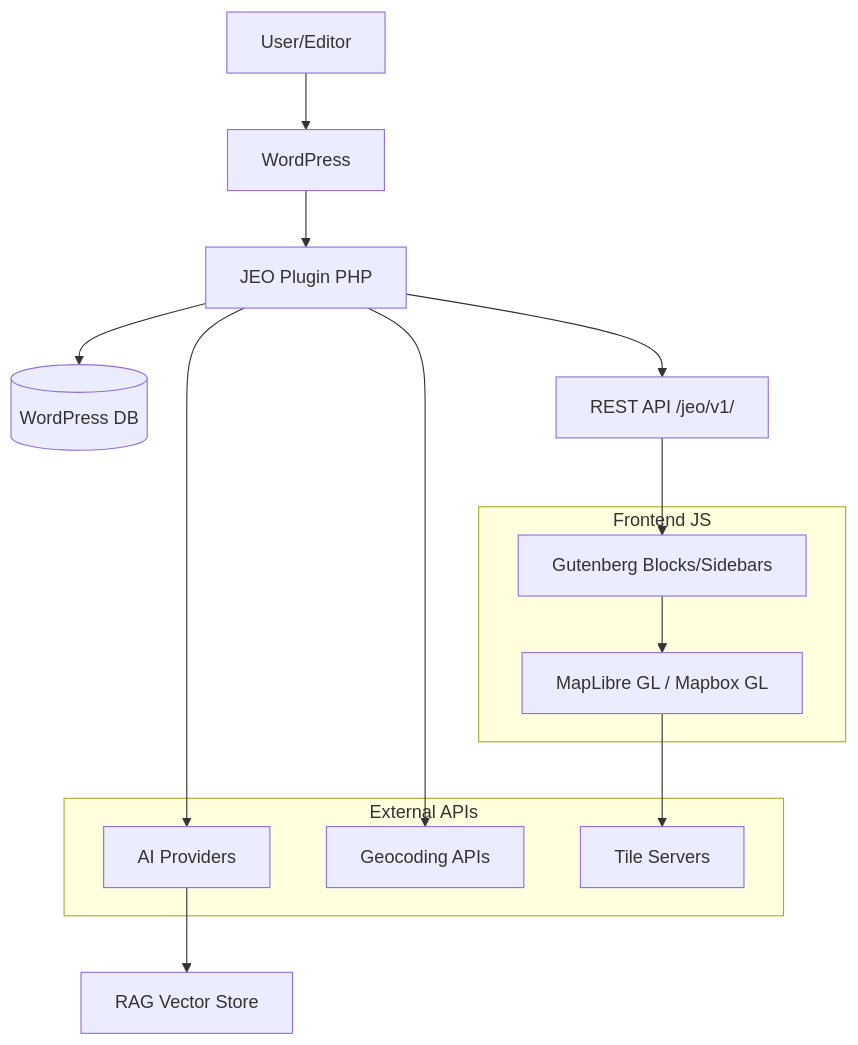
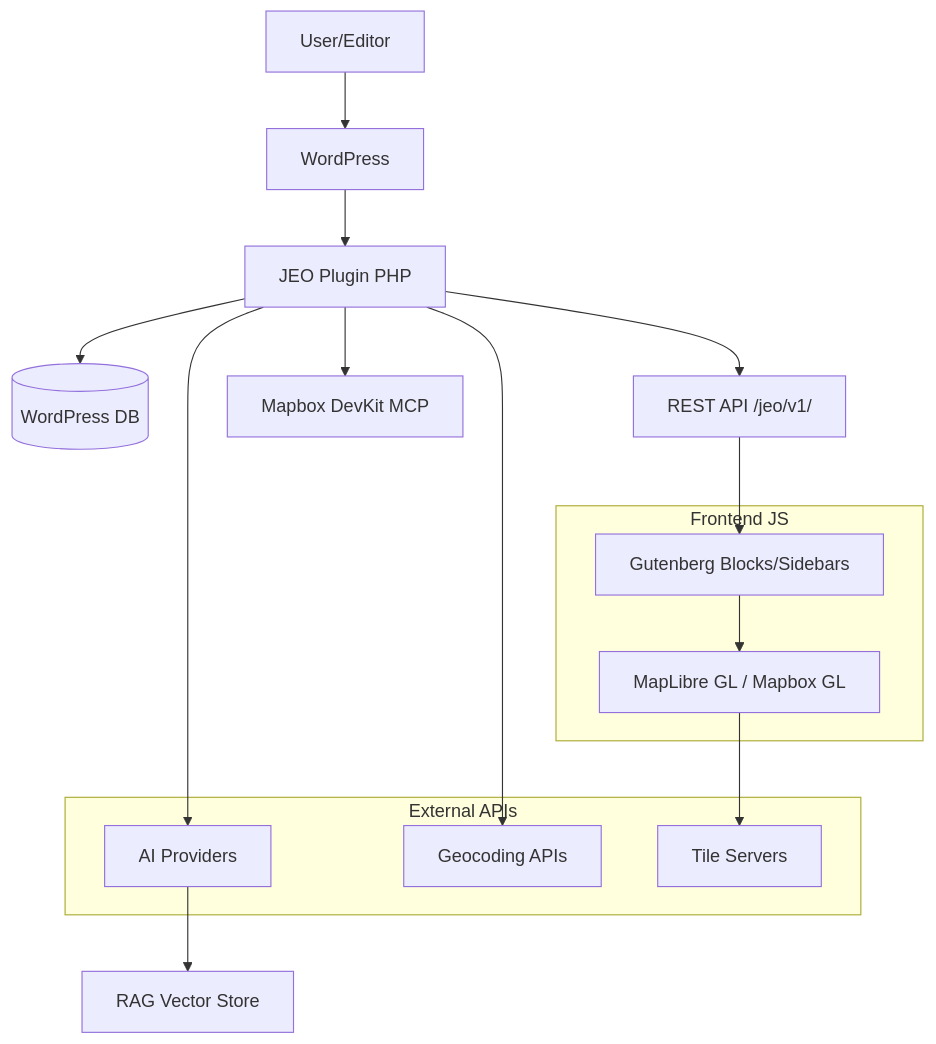
One commit to InfoAmazonia/jeo-plugin changed the first of 2 diagrams in .architecture/README.md. Above: the diagram before and after it, drawn with Mermaid. The commit also changed other lines of this file and 7 other files, not shown here.

````diff
--- a/.architecture/README.md
+++ b/.architecture/README.md
@@ -91,24 +92,25 @@
 ```mermaid
 graph TB
     User[User/Editor] --> WP[WordPress]
     WP --> JEO[JEO Plugin PHP]
     JEO --> DB[(WordPress DB)]
     JEO --> REST[REST API /jeo/v1/]
     REST --> GB[Gutenberg Blocks/Sidebars]
     GB --> ML[MapLibre GL / Mapbox GL]
     JEO --> AI[AI Providers]
     JEO --> GEO[Geocoding APIs]
+    JEO --> MCP[Mapbox DevKit MCP]
     AI --> RAG[RAG Vector Store]
     ML --> Tiles[Tile Servers]
     
     subgraph Frontend JS
         GB
         ML
     end
     
     subgraph External APIs
         AI
         GEO
         Tiles
     end
 ```
````
